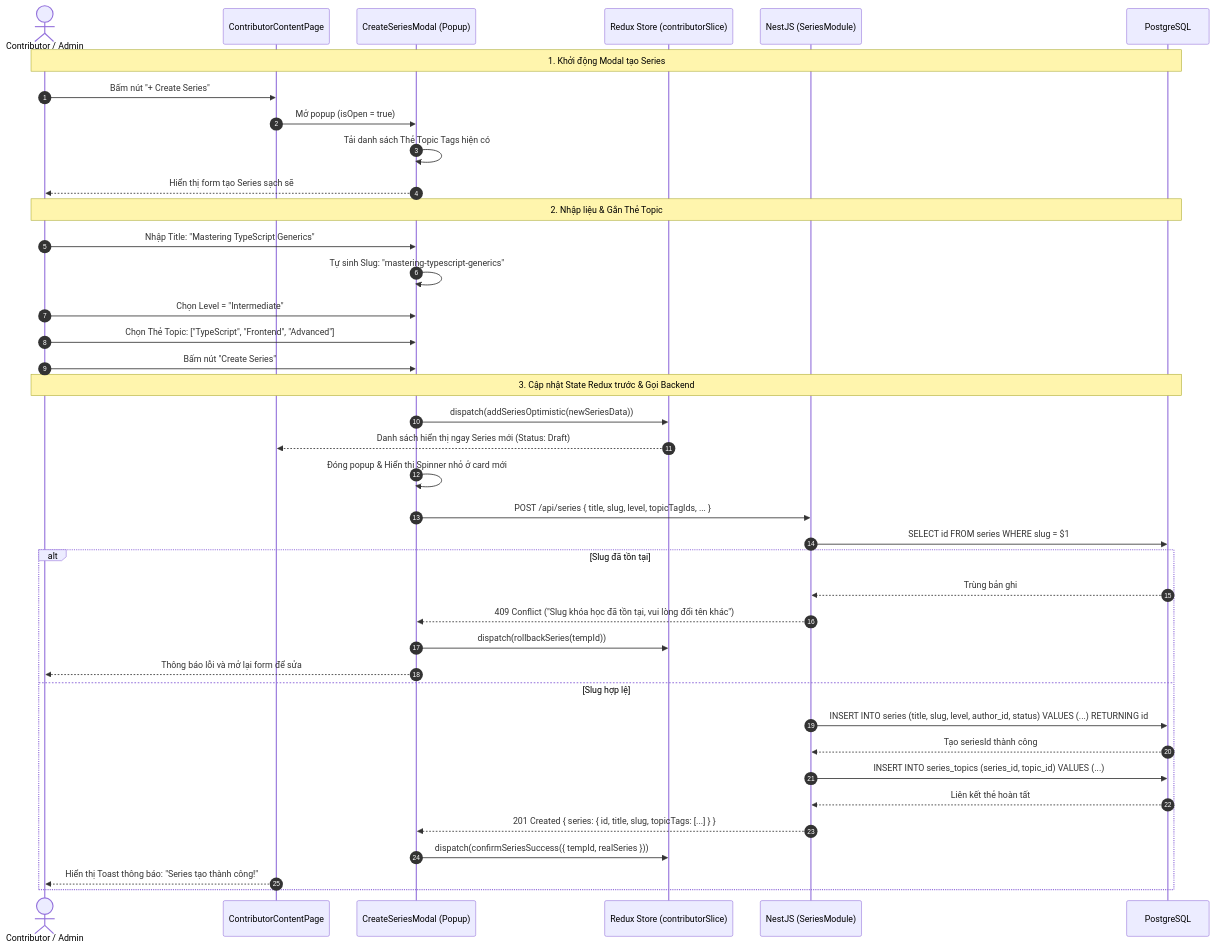
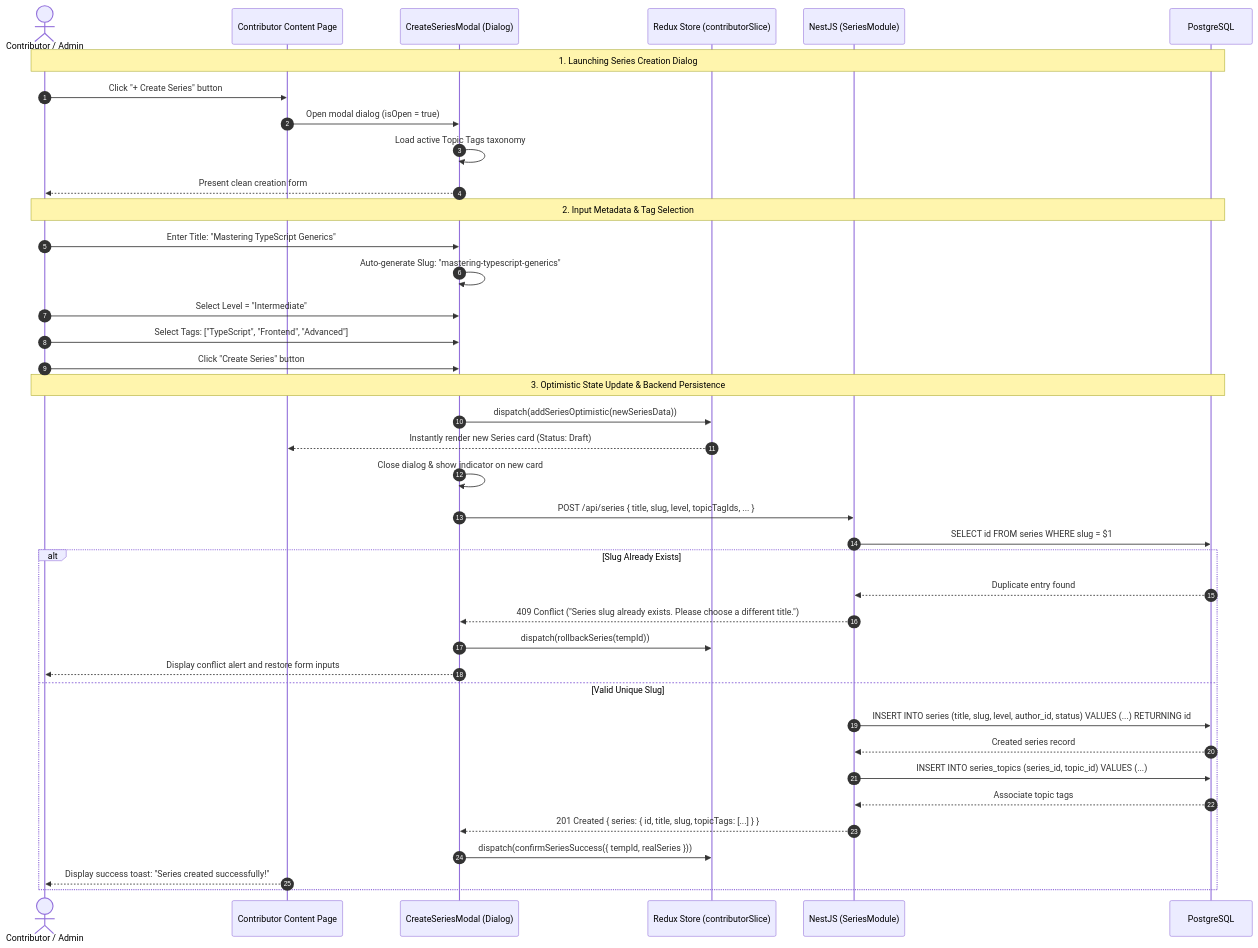
Before and after one commit to NguyenKhanhDuy2703/project_education: the diagram in docs/workflows/05-create-series.md, drawn with Mermaid. The commit also changed other lines of this file and 20 other files, not shown here.

Commit message:
docs(workflows): clean up legacy files, standardize 01-12 sequence, and translate to English

````diff
--- a/docs/workflows/05-create-series.md
+++ b/docs/workflows/05-create-series.md
@@ -61,45 +61,45 @@
 ```mermaid
 sequenceDiagram
     autonumber
     actor Contributor as Contributor / Admin
-    participant UI as ContributorContentPage
-    participant Modal as CreateSeriesModal (Popup)
+    participant UI as Contributor Content Page
+    participant Modal as CreateSeriesModal (Dialog)
     participant Redux as Redux Store (contributorSlice)
     participant BE as NestJS (SeriesModule)
     participant DB as PostgreSQL
 
-    Note over Contributor, DB: 1. Khởi động Modal tạo Series
-    Contributor->>UI: Bấm nút "+ Create Series"
-    UI->>Modal: Mở popup (isOpen = true)
-    Modal->>Modal: Tải danh sách Thẻ Topic Tags hiện có
-    Modal-->>Contributor: Hiển thị form tạo Series sạch sẽ
+    Note over Contributor, DB: 1. Launching Series Creation Dialog
+    Contributor->>UI: Click "+ Create Series" button
+    UI->>Modal: Open modal dialog (isOpen = true)
+    Modal->>Modal: Load active Topic Tags taxonomy
+    Modal-->>Contributor: Present clean creation form
 
-    Note over Contributor, DB: 2. Nhập liệu & Gắn Thẻ Topic
-    Contributor->>Modal: Nhập Title: "Mastering TypeScript Generics"
-    Modal->>Modal: Tự sinh Slug: "mastering-typescript-generics"
-    Contributor->>Modal: Chọn Level = "Intermediate"
-    Contributor->>Modal: Chọn Thẻ Topic: ["TypeScript", "Frontend", "Advanced"]
-    Contributor->>Modal: Bấm nút "Create Series"
+    Note over Contributor, DB: 2. Input Metadata & Tag Selection
+    Contributor->>Modal: Enter Title: "Mastering TypeScript Generics"
+    Modal->>Modal: Auto-generate Slug: "mastering-typescript-generics"
+    Contributor->>Modal: Select Level = "Intermediate"
+    Contributor->>Modal: Select Tags: ["TypeScript", "Frontend", "Advanced"]
+    Contributor->>Modal: Click "Create Series" button
 
-    Note over Contributor, DB: 3. Cập nhật State Redux trước & Gọi Backend
+    Note over Contributor, DB: 3. Optimistic State Update & Backend Persistence
     Modal->>Redux: dispatch(addSeriesOptimistic(newSeriesData))
-    Redux-->>UI: Danh sách hiển thị ngay Series mới (Status: Draft)
-    Modal->>Modal: Đóng popup & Hiển thị Spinner nhỏ ở card mới
+    Redux-->>UI: Instantly render new Series card (Status: Draft)
+    Modal->>Modal: Close dialog & show indicator on new card
     
     Modal->>BE: POST /api/series { title, slug, level, topicTagIds, ... }
     BE->>DB: SELECT id FROM series WHERE slug = $1
-    alt Slug đã tồn tại
-        DB-->>BE: Trùng bản ghi
-        BE-->>Modal: 409 Conflict ("Slug khóa học đã tồn tại, vui lòng đổi tên khác")
+    alt Slug Already Exists
+        DB-->>BE: Duplicate entry found
+        BE-->>Modal: 409 Conflict ("Series slug already exists. Please choose a different title.")
         Modal->>Redux: dispatch(rollbackSeries(tempId))
-        Modal-->>Contributor: Thông báo lỗi và mở lại form để sửa
-    else Slug hợp lệ
+        Modal-->>Contributor: Display conflict alert and restore form inputs
+    else Valid Unique Slug
         BE->>DB: INSERT INTO series (title, slug, level, author_id, status) VALUES (...) RETURNING id
-        DB-->>BE: Tạo seriesId thành công
+        DB-->>BE: Created series record
         BE->>DB: INSERT INTO series_topics (series_id, topic_id) VALUES (...)
-        DB-->>BE: Liên kết thẻ hoàn tất
+        DB-->>BE: Associate topic tags
         BE-->>Modal: 201 Created { series: { id, title, slug, topicTags: [...] } }
         Modal->>Redux: dispatch(confirmSeriesSuccess({ tempId, realSeries }))
-        UI-->>Contributor: Hiển thị Toast thông báo: "Series tạo thành công!"
+        UI-->>Contributor: Display success toast: "Series created successfully!"
     end
 ```
````
